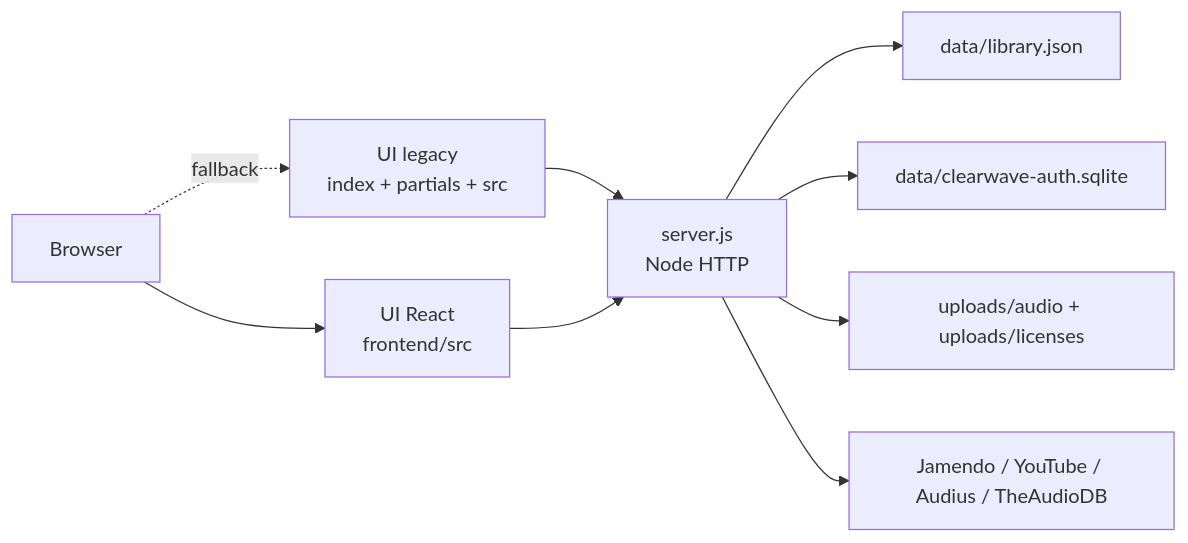
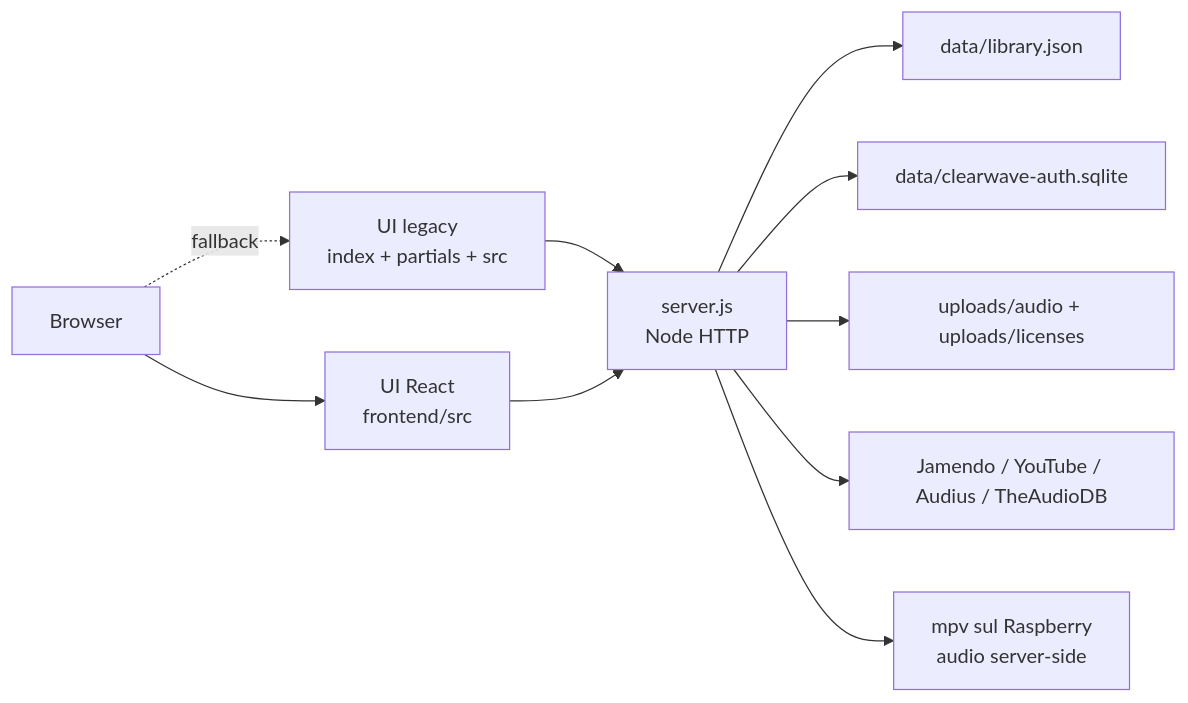
The diagram in docs/ARCHITETTURA.md (fondazioneedulife/No-Copyright-Music), drawn with Mermaid before and after one commit. The commit also changed other lines of this file and 15 other files, not shown here.

````diff
--- a/docs/ARCHITETTURA.md
+++ b/docs/ARCHITETTURA.md
@@ -7,20 +7,22 @@
 ```mermaid
 flowchart LR
   Browser["Browser"]
   Legacy["UI legacy<br/>index + partials + src"]
   React["UI React<br/>frontend/src"]
   Server["server.js<br/>Node HTTP"]
   Library["data/library.json"]
   AuthDb["data/clearwave-auth.sqlite"]
   Uploads["uploads/audio + uploads/licenses"]
   Providers["Jamendo / YouTube / Audius / TheAudioDB"]
+  Mpv["mpv sul Raspberry<br/>audio server-side"]
 
   Browser --> React
   Browser -. fallback .-> Legacy
   Legacy --> Server
   React --> Server
   Server --> Library
   Server --> AuthDb
   Server --> Uploads
   Server --> Providers
+  Server --> Mpv
 ```
````
